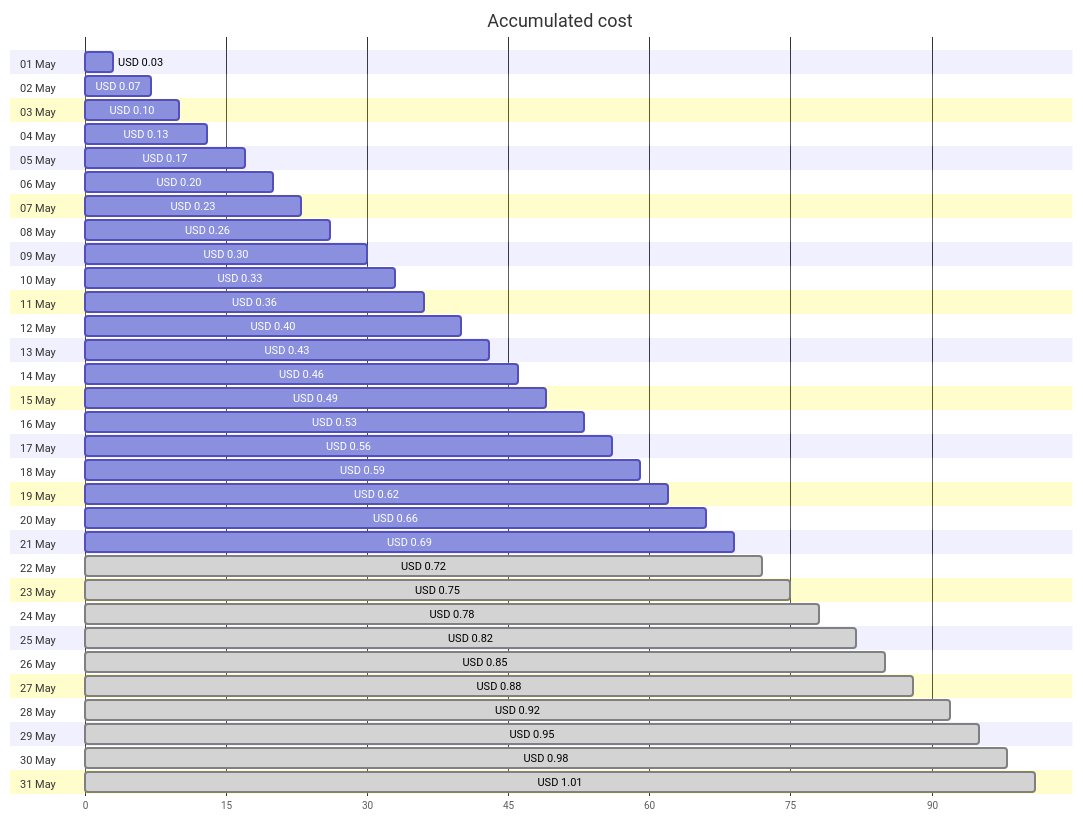
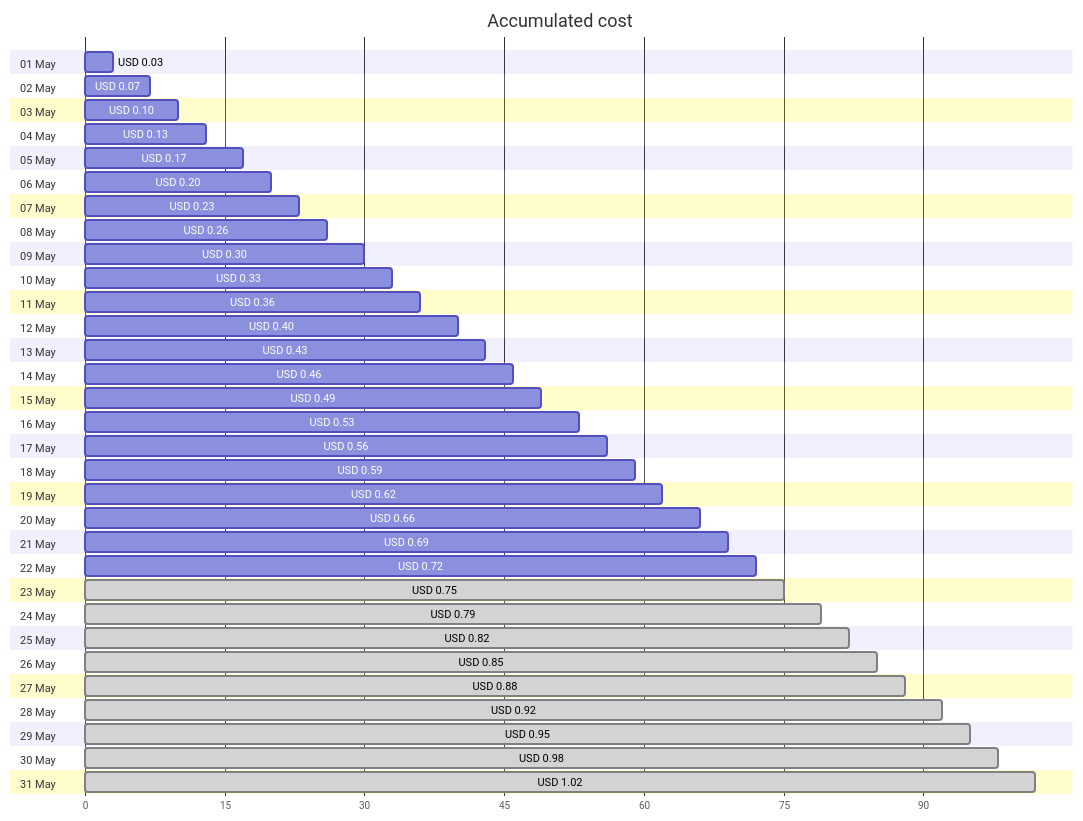
One commit to jpfulton/azure-personal-reports changed the first of 4 diagrams in cost-reports/personal-dns/README.md. Above: the diagram before and after it, drawn with Mermaid. The commit also changed other lines of this file and 2 other files, not shown here.

````diff
--- a/cost-reports/personal-dns/README.md
+++ b/cost-reports/personal-dns/README.md
@@ -20,68 +20,68 @@
 ```mermaid
 gantt
    title Accumulated cost
    dateFormat  X
    axisFormat %s
    section 01 May
    USD 0.03 :0, 3
    section 02 May
    USD 0.07 :0, 7
    section 03 May
    USD 0.10 :0, 10
    section 04 May
    USD 0.13 :0, 13
    section 05 May
    USD 0.17 :0, 17
    section 06 May
    USD 0.20 :0, 20
    section 07 May
    USD 0.23 :0, 23
    section 08 May
    USD 0.26 :0, 26
    section 09 May
    USD 0.30 :0, 30
    section 10 May
    USD 0.33 :0, 33
    section 11 May
    USD 0.36 :0, 36
    section 12 May
    USD 0.40 :0, 40
    section 13 May
    USD 0.43 :0, 43
    section 14 May
    USD 0.46 :0, 46
    section 15 May
    USD 0.49 :0, 49
    section 16 May
    USD 0.53 :0, 53
    section 17 May
    USD 0.56 :0, 56
    section 18 May
    USD 0.59 :0, 59
    section 19 May
    USD 0.62 :0, 62
    section 20 May
    USD 0.66 :0, 66
    section 21 May
    USD 0.69 :0, 69
    section 22 May
-   USD 0.72 : done, 0, 72
+   USD 0.72 :0, 72
    section 23 May
    USD 0.75 : done, 0, 75
    section 24 May
-   USD 0.78 : done, 0, 78
+   USD 0.79 : done, 0, 79
    section 25 May
    USD 0.82 : done, 0, 82
    section 26 May
    USD 0.85 : done, 0, 85
    section 27 May
    USD 0.88 : done, 0, 88
    section 28 May
    USD 0.92 : done, 0, 92
    section 29 May
    USD 0.95 : done, 0, 95
    section 30 May
    USD 0.98 : done, 0, 98
    section 31 May
-   USD 1.01 : done, 0, 101
+   USD 1.02 : done, 0, 102
 ```
````
